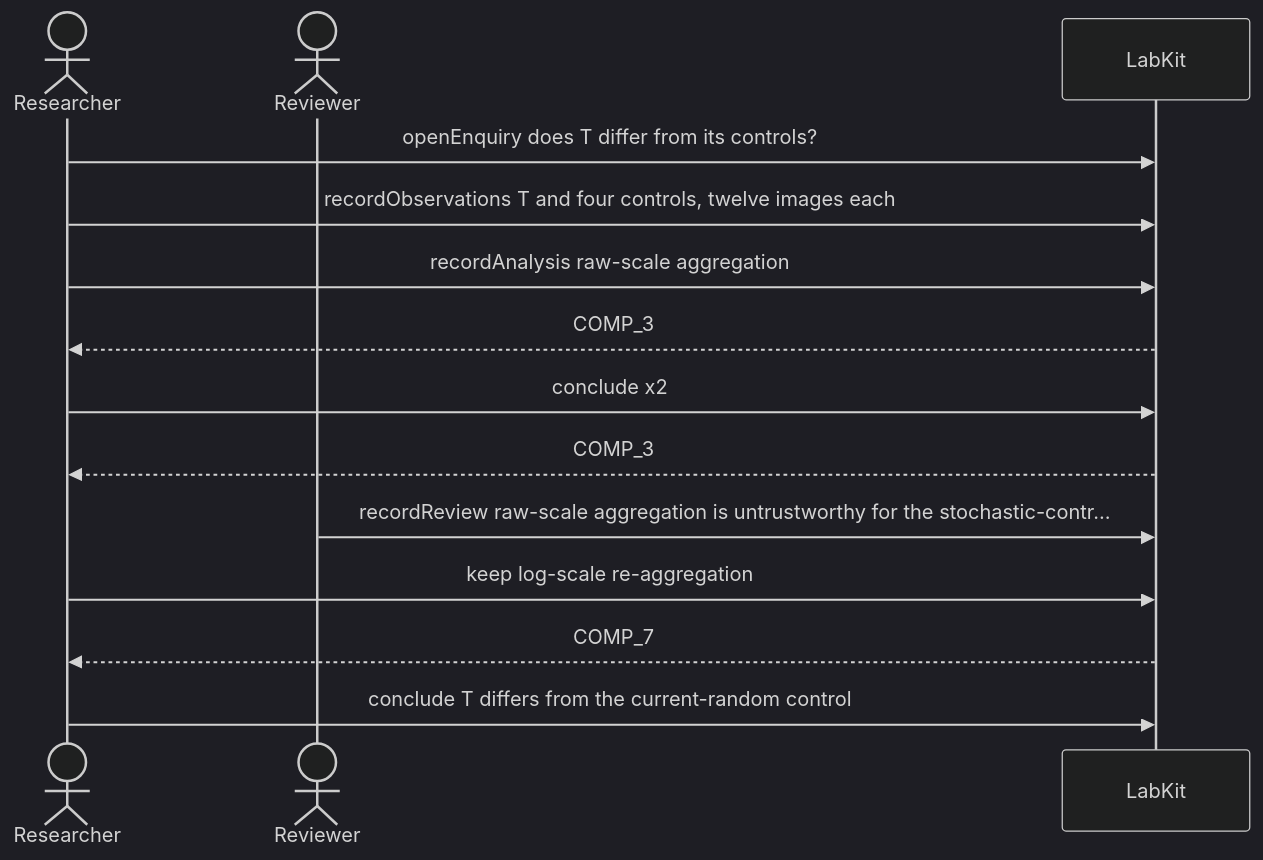
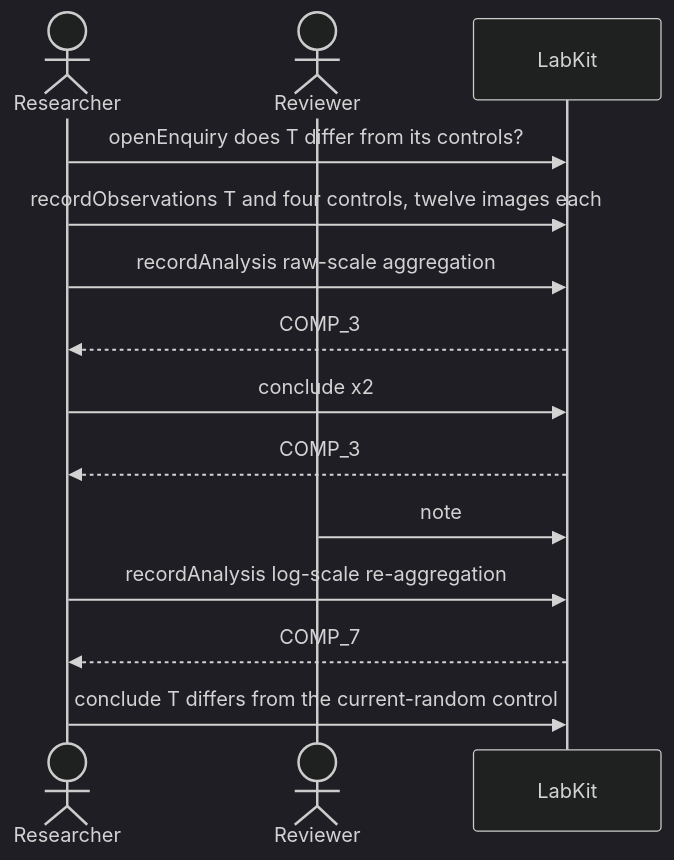
The diagram in docs/scenarios/S-11g.md (danbarua/labkit), drawn with Mermaid (dark theme) before and after one commit. The commit also changed other lines of this file and 99 other files, not shown here.

````diff
--- a/docs/scenarios/S-11g.md
+++ b/docs/scenarios/S-11g.md
@@ -7,16 +7,16 @@
 ```mermaid
 sequenceDiagram
     actor Researcher
     actor Reviewer
     participant R as LabKit
     Researcher->>R: openEnquiry does T differ from its controls?
     Researcher->>R: recordObservations T and four controls, twelve images each
     Researcher->>R: recordAnalysis raw-scale aggregation
     R-->>Researcher: COMP_3
     Researcher->>R: conclude x2
     R-->>Researcher: COMP_3
-    Reviewer->>R: recordReview raw-scale aggregation is untrustworthy for the stochastic-contr…
-    Researcher->>R: keep log-scale re-aggregation
+    Reviewer->>R: note
+    Researcher->>R: recordAnalysis log-scale re-aggregation
     R-->>Researcher: COMP_7
     Researcher->>R: conclude T differs from the current-random control
 ```
````
